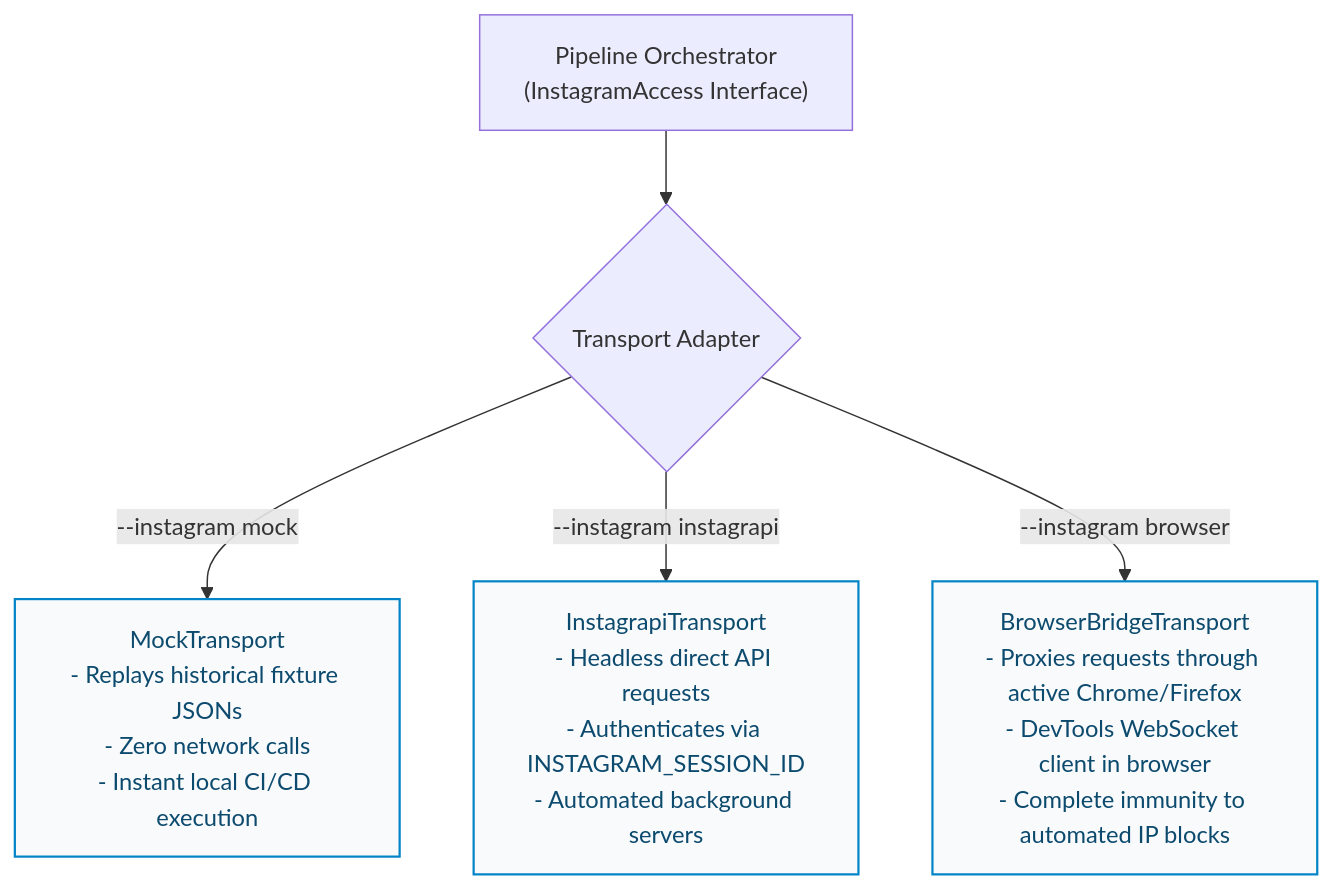
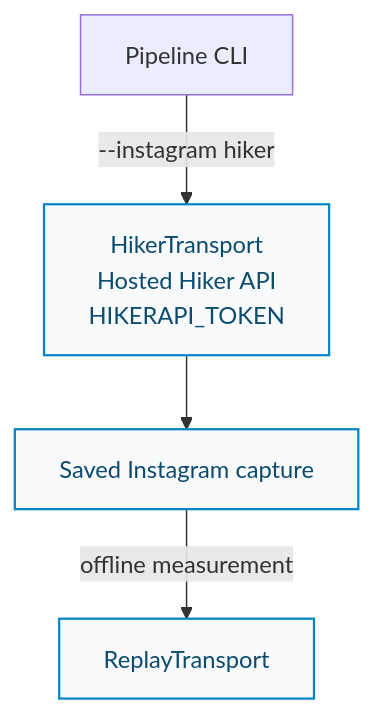
Diagram 20 of 20 in docs/ARCHITECTURE.md (shankha06/identify-what-matters), drawn with Mermaid before and after one commit. The commit also changed other lines of this file and 72 other files, not shown here.

````diff
--- a/docs/ARCHITECTURE.md
+++ b/docs/ARCHITECTURE.md
@@ -849,11 +1002,9 @@
 ```mermaid
 flowchart TD
-    CORE["Pipeline Orchestrator<br/>(InstagramAccess Interface)"] --> ADAPTER{Transport Adapter}
-
-    ADAPTER -->|--instagram mock| MOCK["MockTransport<br/>- Replays historical fixture JSONs<br/>- Zero network calls<br/>- Instant local CI/CD execution"]
-    ADAPTER -->|--instagram instagrapi| PRIVATE["InstagrapiTransport<br/>- Headless direct API requests<br/>- Authenticates via INSTAGRAM_SESSION_ID<br/>- Automated background servers"]
-    ADAPTER -->|--instagram browser| BRIDGE["BrowserBridgeTransport<br/>- Proxies requests through active Chrome/Firefox<br/>- DevTools WebSocket client in browser<br/>- Complete immunity to automated IP blocks"]
+    CLI["Pipeline CLI"] -->|--instagram hiker| HIKER["HikerTransport<br/>Hosted Hiker API<br/>HIKERAPI_TOKEN"]
+    HIKER --> CAPTURE["Saved Instagram capture"]
+    CAPTURE -->|offline measurement| REPLAY["ReplayTransport"]
 
     classDef tStyle fill:#f8fafc,stroke:#0284c7,stroke-width:1.5px,color:#0c4a6e;
-    class MOCK,PRIVATE,BRIDGE tStyle;
+    class HIKER,CAPTURE,REPLAY tStyle;
 ```
````
